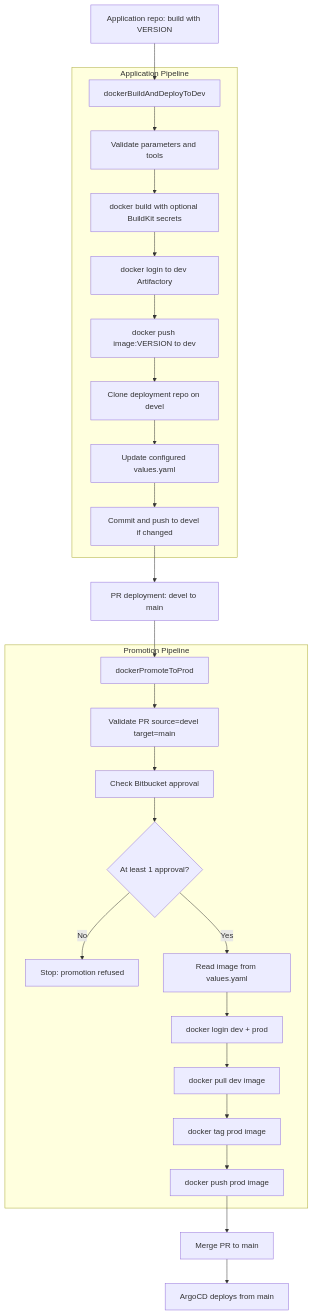
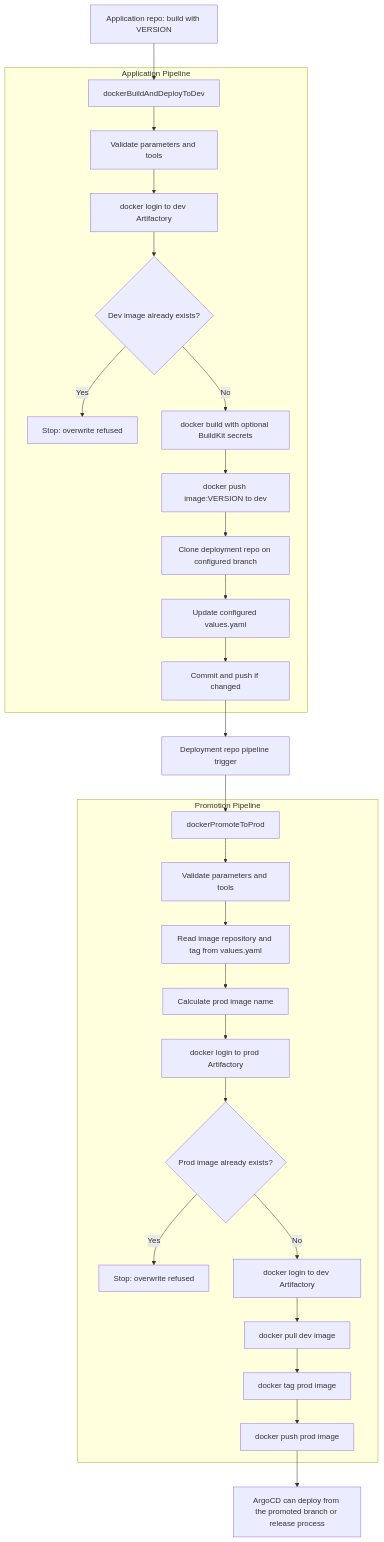
Before and after one commit to thomas-illiet/jenkins-argocd: the diagram in README.md, drawn with Mermaid. The commit also changed other lines of this file and 8 other files, not shown here.

Commit message:
refactor: remove bitbucket promotion dependency

````diff
--- a/README.md
+++ b/README.md
@@ -92,32 +100,34 @@
 ```mermaid
 flowchart TD
     A["Application repo: build with VERSION"] --> B["dockerBuildAndDeployToDev"]
 
     subgraph APP["Application Pipeline"]
         B --> C["Validate parameters and tools"]
-        C --> D["docker build with optional BuildKit secrets"]
-        D --> E["docker login to dev Artifactory"]
-        E --> F["docker push image:VERSION to dev"]
-        F --> G["Clone deployment repo on devel"]
-        G --> H["Update configured values.yaml"]
-        H --> I["Commit and push to devel if changed"]
+        C --> D["docker login to dev Artifactory"]
+        D --> E{"Dev image already exists?"}
+        E -->|Yes| F["Stop: overwrite refused"]
+        E -->|No| G["docker build with optional BuildKit secrets"]
+        G --> H["docker push image:VERSION to dev"]
+        H --> I["Clone deployment repo on configured branch"]
+        I --> J["Update configured values.yaml"]
+        J --> K["Commit and push if changed"]
     end
 
-    I --> J["PR deployment: devel to main"]
-    J --> K["dockerPromoteToProd"]
+    K --> L["Deployment repo pipeline trigger"]
+    L --> M["dockerPromoteToProd"]
 
     subgraph PROMOTE["Promotion Pipeline"]
-        K --> L["Validate PR source=devel target=main"]
-        L --> M["Check Bitbucket approval"]
-        M --> N{"At least 1 approval?"}
-        N -->|No| O["Stop: promotion refused"]
-        N -->|Yes| P["Read image from values.yaml"]
-        P --> Q["docker login dev + prod"]
-        Q --> R["docker pull dev image"]
-        R --> S["docker tag prod image"]
-        S --> T["docker push prod image"]
+        M --> N["Validate parameters and tools"]
+        N --> O["Read image repository and tag from values.yaml"]
+        O --> P["Calculate prod image name"]
+        P --> Q["docker login to prod Artifactory"]
+        Q --> R{"Prod image already exists?"}
+        R -->|Yes| S["Stop: overwrite refused"]
+        R -->|No| T["docker login to dev Artifactory"]
+        T --> U["docker pull dev image"]
+        U --> V["docker tag prod image"]
+        V --> W["docker push prod image"]
     end
 
-    T --> U["Merge PR to main"]
-    U --> V["ArgoCD deploys from main"]
+    W --> X["ArgoCD can deploy from the promoted branch or release process"]
 ```
````
